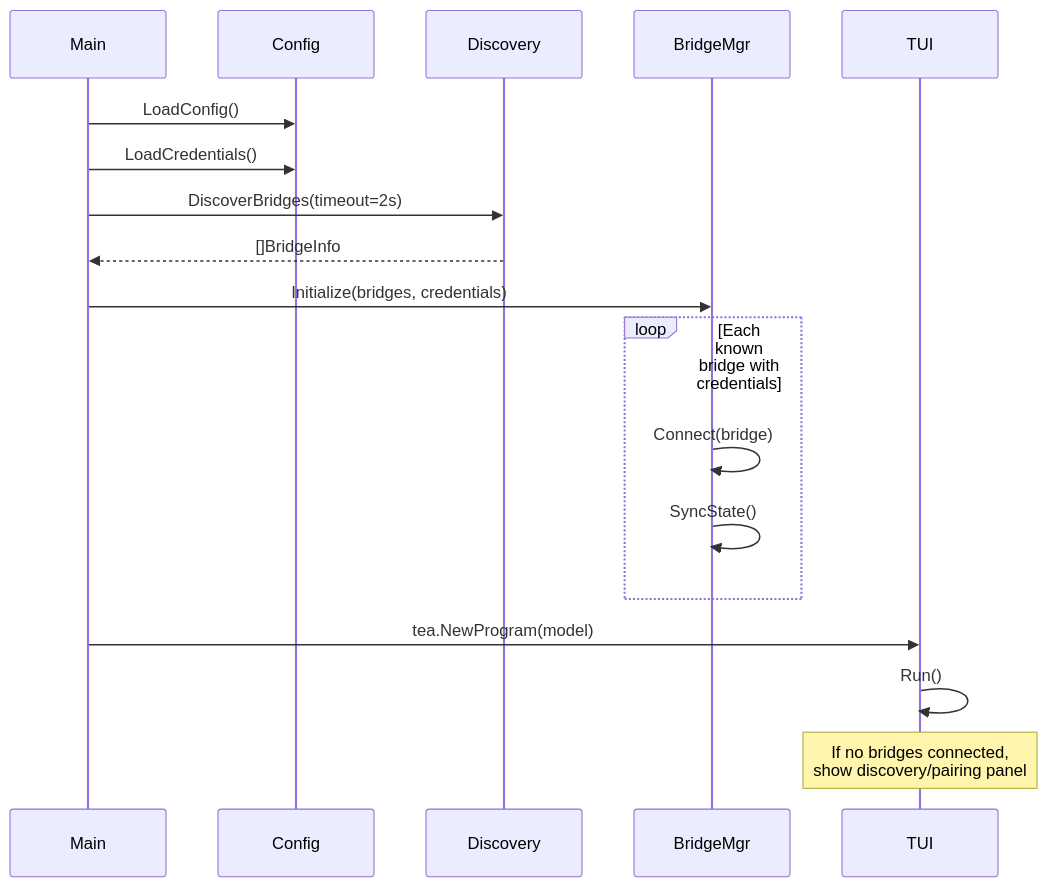
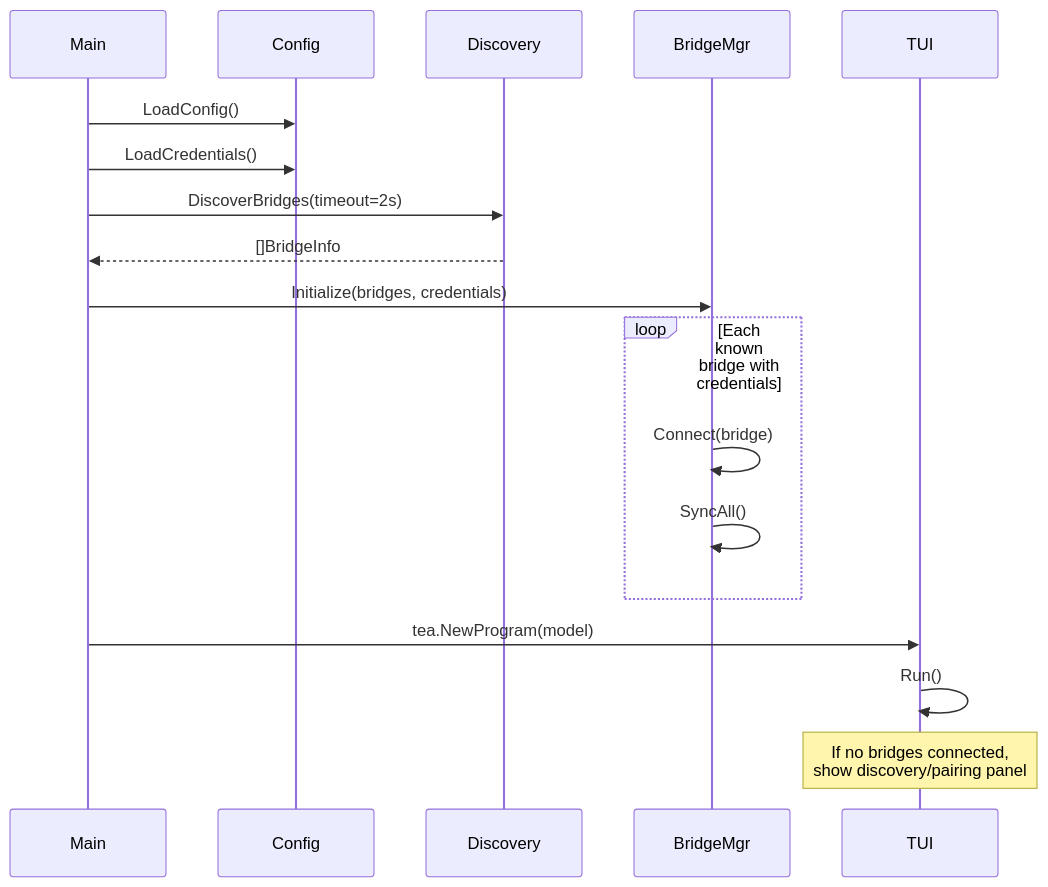
One commit to kluzzebass/lazyhue changed the third of 3 diagrams in plans/lazyhue_technical_plan.md. Above: the diagram before and after it, drawn with Mermaid. The commit also changed other lines of this file and 20 other files, not shown here.

````diff
--- a/plans/lazyhue_technical_plan.md
+++ b/plans/lazyhue_technical_plan.md
@@ -668,25 +584,25 @@
 ```mermaid
 sequenceDiagram
     participant Main
     participant Config
     participant Discovery
     participant BridgeMgr
     participant TUI
 
     Main->>Config: LoadConfig()
     Main->>Config: LoadCredentials()
     Main->>Discovery: DiscoverBridges(timeout=2s)
     Discovery-->>Main: []BridgeInfo
     
     Main->>BridgeMgr: Initialize(bridges, credentials)
     
     loop Each known bridge with credentials
         BridgeMgr->>BridgeMgr: Connect(bridge)
-        BridgeMgr->>BridgeMgr: SyncState()
+        BridgeMgr->>BridgeMgr: SyncAll()
     end
     
     Main->>TUI: tea.NewProgram(model)
     TUI->>TUI: Run()
     
     Note over TUI: If no bridges connected,<br/>show discovery/pairing panel
 ```
````
